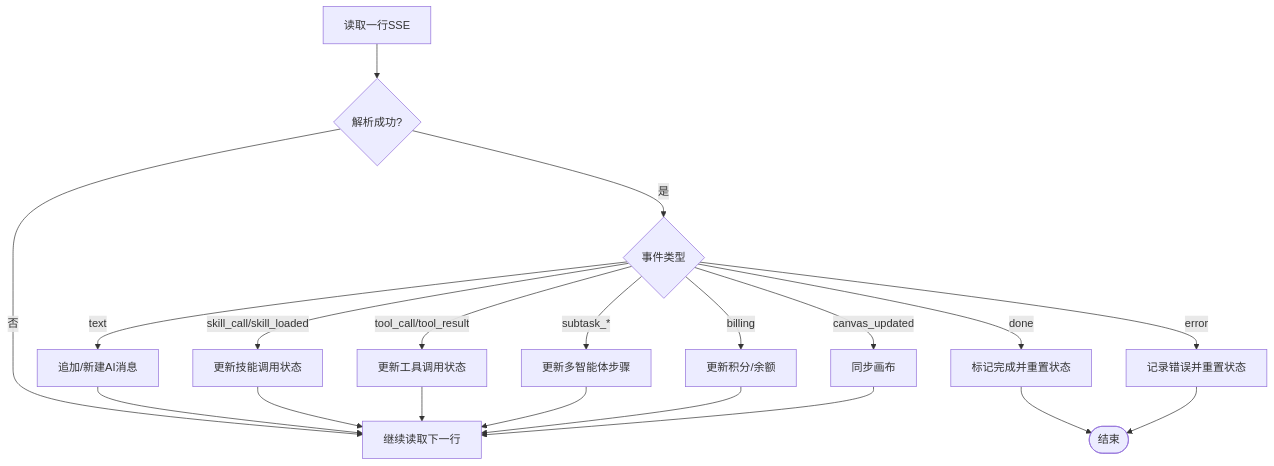
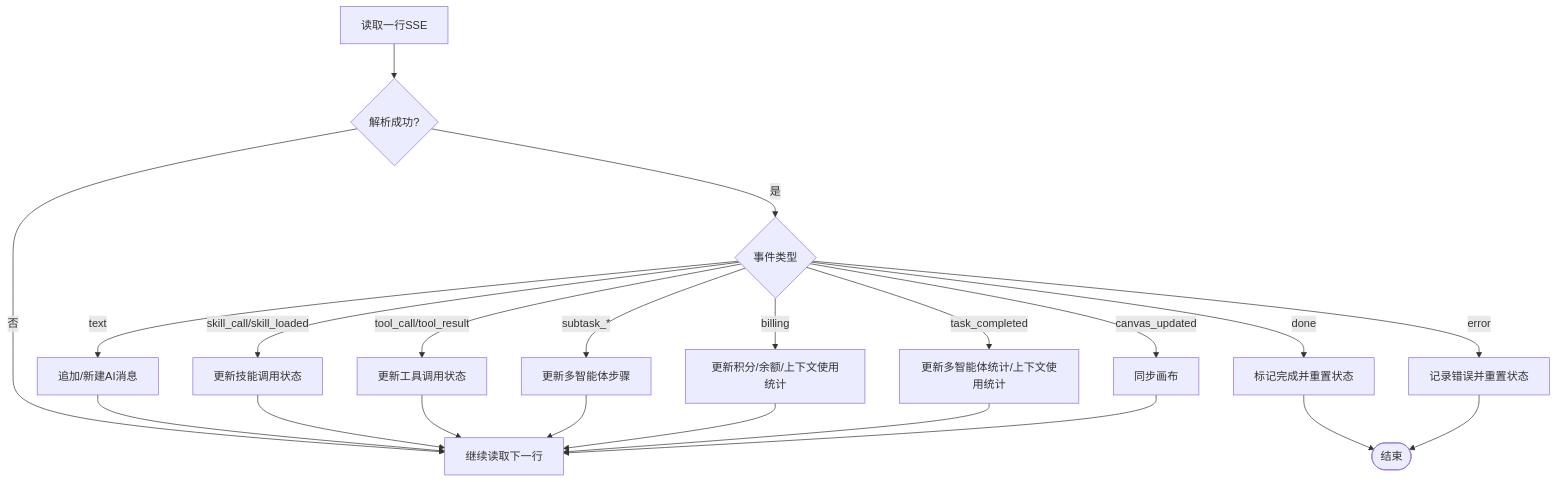
The sixth of 8 diagrams in .qoder/repowiki/zh/content/前端应用架构/UI组件库/AI助手组件.md (KunLabAI/KunFlix), drawn with Mermaid before and after one commit. The commit also changed other lines of this file and 9 other files, not shown here.

````diff
--- a/.qoder/repowiki/zh/content/前端应用架构/UI组件库/AI助手组件.md
+++ b/.qoder/repowiki/zh/content/前端应用架构/UI组件库/AI助手组件.md
@@ -251,22 +291,24 @@
 ```mermaid
 flowchart TD
 L["读取一行SSE"] --> Parse{"解析成功?"}
 Parse --> |否| Next["继续读取下一行"]
 Parse --> |是| Type{"事件类型"}
 Type --> |text| Append["追加/新建AI消息"]
 Type --> |skill_call/skill_loaded| Skill["更新技能调用状态"]
 Type --> |tool_call/tool_result| Tool["更新工具调用状态"]
 Type --> |subtask_*| Multi["更新多智能体步骤"]
-Type --> |billing| Billing["更新积分/余额"]
+Type --> |billing| Billing["更新积分/余额/上下文使用统计"]
+Type --> |task_completed| TaskComplete["更新多智能体统计/上下文使用统计"]
 Type --> |canvas_updated| Canvas["同步画布"]
 Type --> |done| Done["标记完成并重置状态"]
 Type --> |error| Err["记录错误并重置状态"]
 Append --> Next
 Skill --> Next
 Tool --> Next
 Multi --> Next
 Billing --> Next
+TaskComplete --> Next
 Canvas --> Next
 Done --> End(["结束"])
 Err --> End
 ```
````
